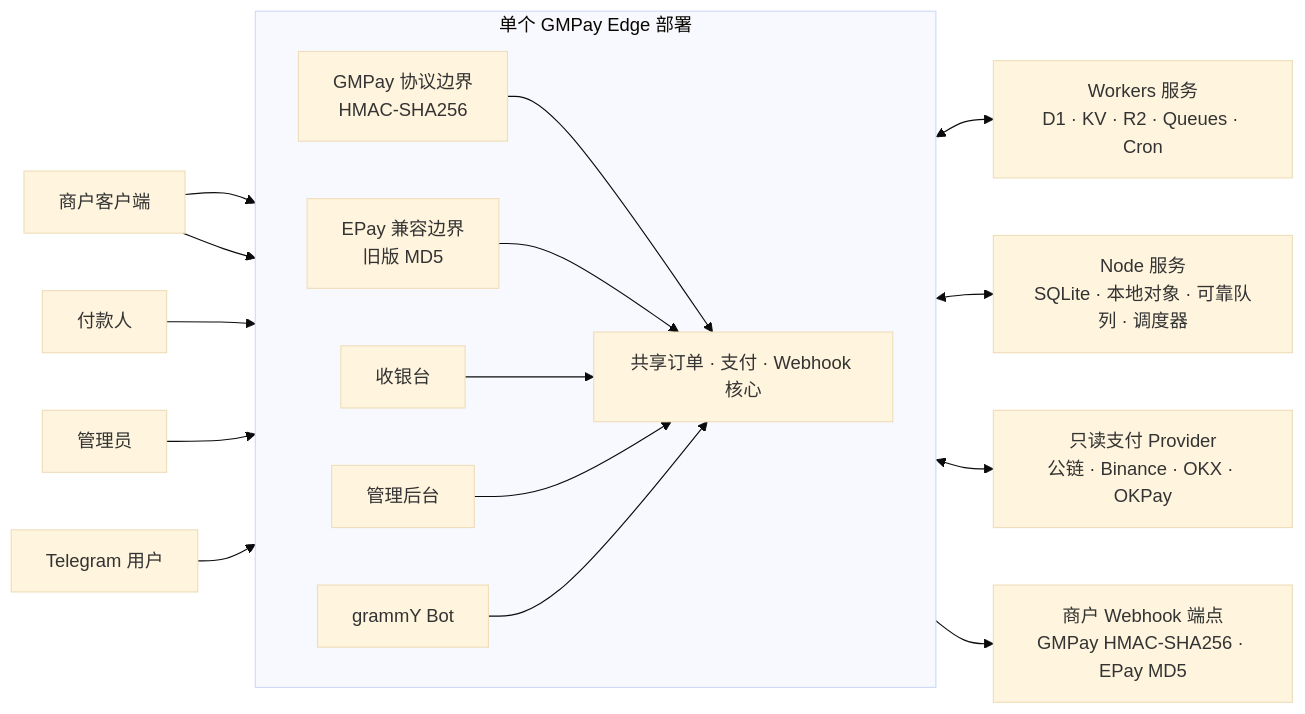
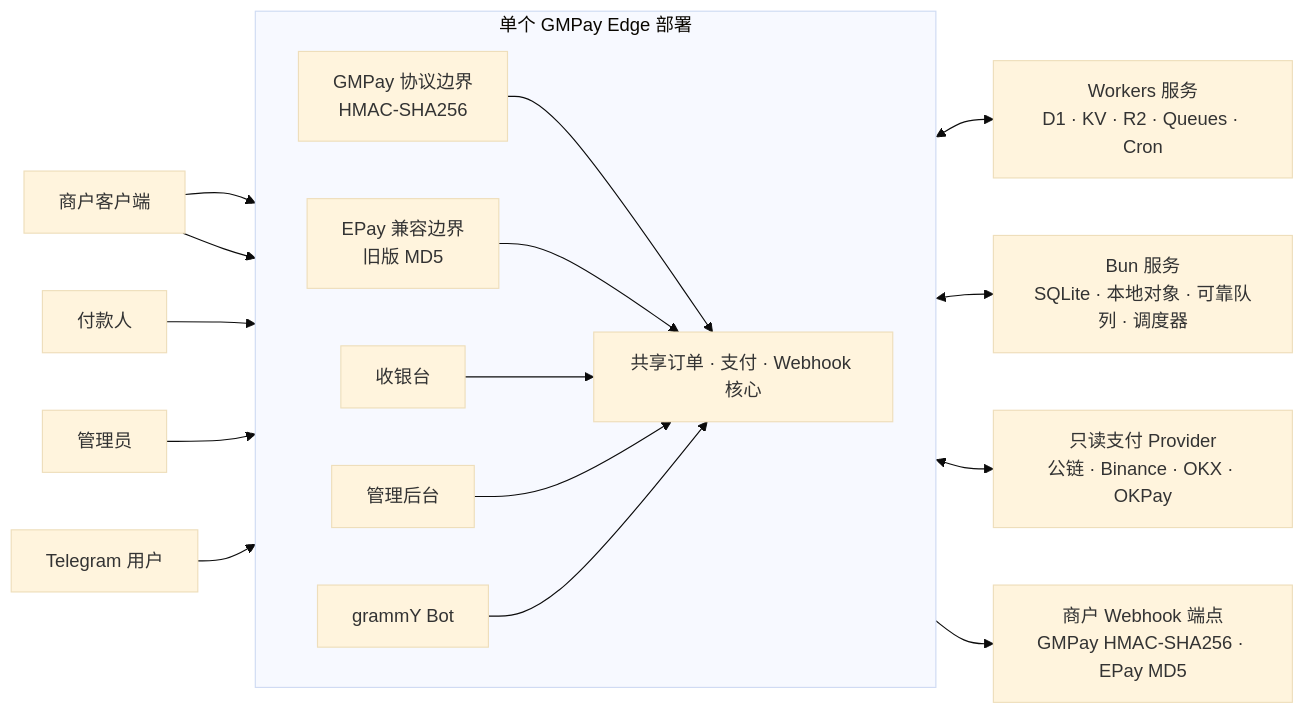
Before and after one commit to GMWalletApp/gmpay-edge: the diagram in README.zh-CN.md, drawn with Mermaid (base theme). The commit also changed other lines of this file and 24 other files, not shown here.

````diff
--- a/README.zh-CN.md
+++ b/README.zh-CN.md
@@ -60,38 +60,38 @@
 ```mermaid
 flowchart LR
     Merchants["商户客户端"]
     Payer["付款人"]
     Admin["管理员"]
     TelegramUser["Telegram 用户"]
 
     subgraph Runtime["单个 GMPay Edge 部署"]
         direction LR
         GMPay["GMPay 协议边界<br/>HMAC-SHA256"]
         EPay["EPay 兼容边界<br/>旧版 MD5"]
         Checkout["收银台"]
         AdminUI["管理后台"]
         TelegramBot["grammY Bot"]
         Core["共享订单 · 支付 · Webhook 核心"]
 
         GMPay --> Core
         EPay --> Core
         Checkout --> Core
         AdminUI --> Core
         TelegramBot --> Core
     end
 
     Cloudflare["Workers 服务<br/>D1 · KV · R2 · Queues · Cron"]
-    Node["Node 服务<br/>SQLite · 本地对象 · 可靠队列 · 调度器"]
+    Bun["Bun 服务<br/>SQLite · 本地对象 · 可靠队列 · 调度器"]
     Providers["只读支付 Provider<br/>公链 · Binance · OKX · OKPay"]
     Callbacks["商户 Webhook 端点<br/>GMPay HMAC-SHA256 · EPay MD5"]
 
     Merchants --> GMPay
     Merchants --> EPay
     Payer --> Checkout
     Admin --> AdminUI
     TelegramUser --> TelegramBot
     Core <--> Cloudflare
-    Core <--> Node
+    Core <--> Bun
     Core <--> Providers
     Core --> Callbacks
 ```
````
